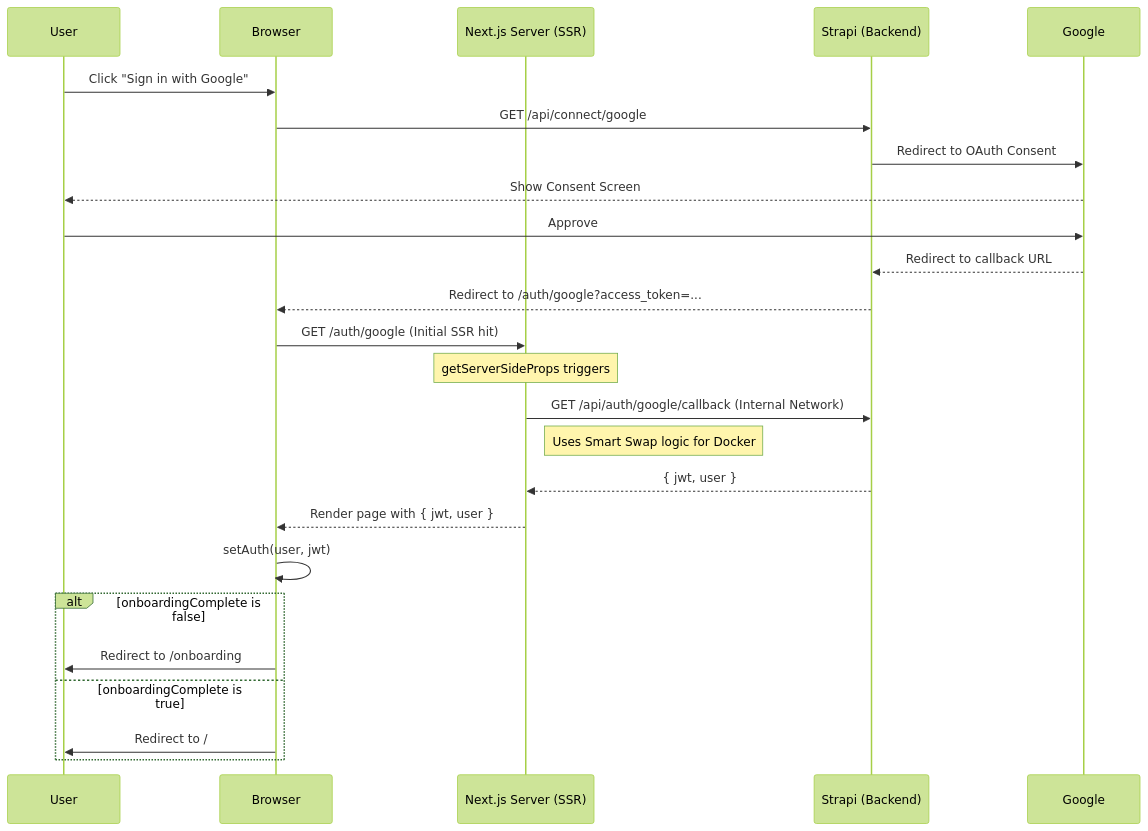
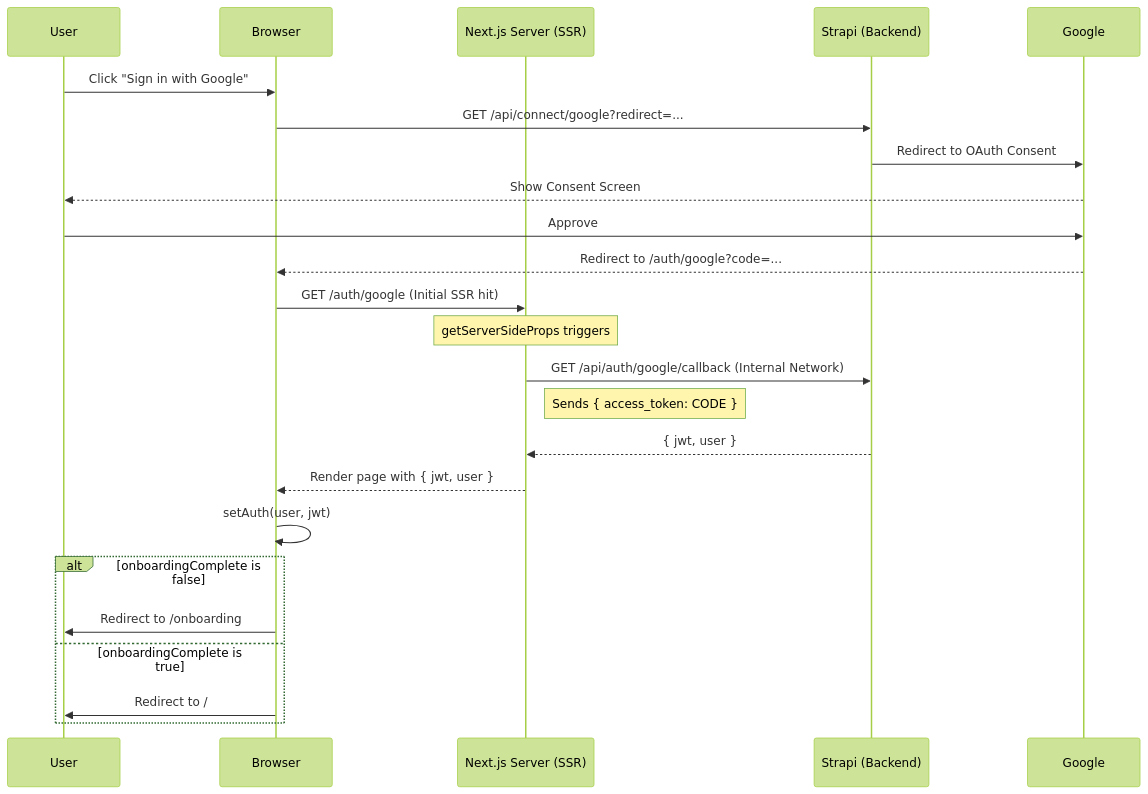
One commit to akvo/science-for-africa changed the diagram in docs/GOOGLE_OAUTH.md. Above: the diagram before and after it, drawn with Mermaid (forest theme). The commit also changed 1 other file, not shown here.

Commit message:
[#15] feat(docs): Update google oauth mermaid diagram

````diff
--- a/docs/GOOGLE_OAUTH.md
+++ b/docs/GOOGLE_OAUTH.md
@@ -38,28 +38,27 @@
 ```mermaid
 sequenceDiagram
     participant User
     participant Browser
     participant NextServer as Next.js Server (SSR)
     participant Strapi as Strapi (Backend)
     participant Google
 
     User->>Browser: Click "Sign in with Google"
-    Browser->>Strapi: GET /api/connect/google
+    Browser->>Strapi: GET /api/connect/google?redirect=...
     Strapi->>Google: Redirect to OAuth Consent
     Google-->>User: Show Consent Screen
     User->>Google: Approve
-    Google-->>Strapi: Redirect to callback URL
-    Strapi-->>Browser: Redirect to /auth/google?access_token=...
+    Google-->>Browser: Redirect to /auth/google?code=...
     Browser->>NextServer: GET /auth/google (Initial SSR hit)
     Note over NextServer: getServerSideProps triggers
     NextServer->>Strapi: GET /api/auth/google/callback (Internal Network)
-    Note right of NextServer: Uses Smart Swap logic for Docker
+    Note right of NextServer: Sends { access_token: CODE }
     Strapi-->>NextServer: { jwt, user }
     NextServer-->>Browser: Render page with { jwt, user }
     Browser->>Browser: setAuth(user, jwt)
     alt onboardingComplete is false
         Browser->>User: Redirect to /onboarding
     else onboardingComplete is true
         Browser->>User: Redirect to /
     end
 ```
````
